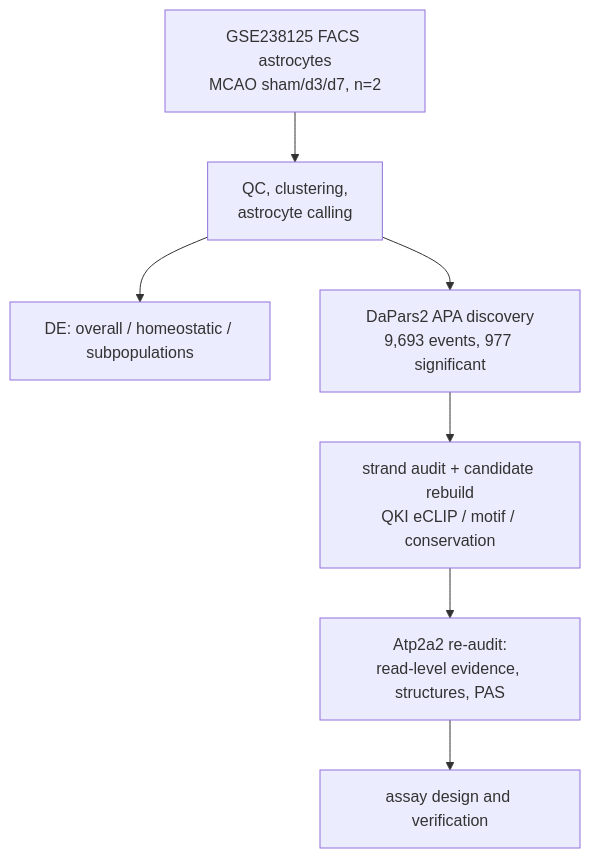
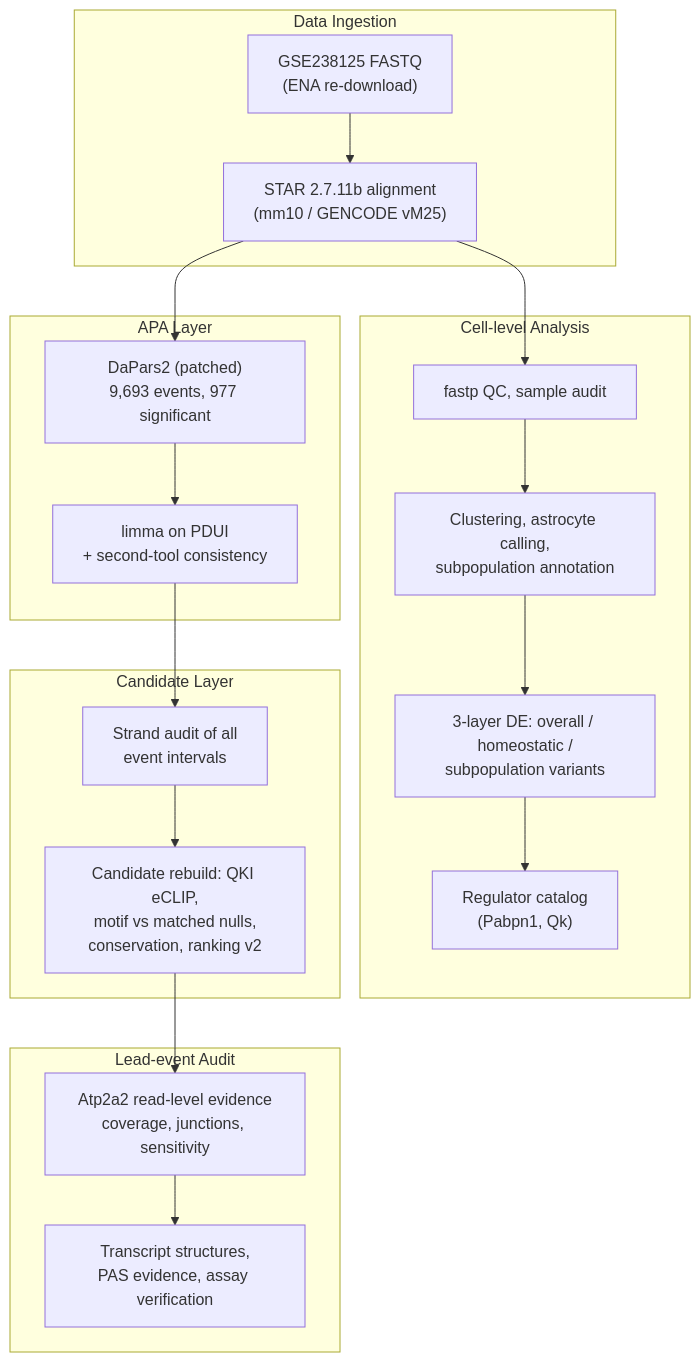
The diagram in README.md (Tiannn0512/Stroke-APA-), drawn with Mermaid before and after one commit. The commit also changed other lines of this file, not shown here.

````diff
--- a/README.md
+++ b/README.md
@@ -24,9 +57,28 @@
 ```mermaid
 flowchart TD
-    A[GSE238125 FACS astrocytes<br/>MCAO sham/d3/d7, n=2] --> B[QC, clustering,<br/>astrocyte calling]
-    B --> C[DE: overall / homeostatic / subpopulations]
-    B --> D[DaPars2 APA discovery<br/>9,693 events, 977 significant]
-    D --> E[strand audit + candidate rebuild<br/>QKI eCLIP / motif / conservation]
-    E --> F[Atp2a2 re-audit:<br/>read-level evidence, structures, PAS]
-    F --> G[assay design and verification]
+    subgraph dataIngestion [Data Ingestion]
+        GEO["GSE238125 FASTQ\n(ENA re-download)"] --> ALIGN["STAR 2.7.11b alignment\n(mm10 / GENCODE vM25)"]
+    end
+
+    subgraph cellLevel [Cell-level Analysis]
+        ALIGN --> QC["fastp QC, sample audit"]
+        QC --> CLUST["Clustering, astrocyte calling,\nsubpopulation annotation"]
+        CLUST --> DE["3-layer DE: overall / homeostatic /\nsubpopulation variants"]
+        DE --> REG["Regulator catalog\n(Pabpn1, Qk)"]
+    end
+
+    subgraph apa [APA Layer]
+        ALIGN --> DAPARS["DaPars2 (patched)\n9,693 events, 977 significant"]
+        DAPARS --> SAP["limma on PDUI\n+ second-tool consistency"]
+    end
+
+    subgraph candidate [Candidate Layer]
+        SAP --> STRAND["Strand audit of all\nevent intervals"]
+        STRAND --> REBUILD["Candidate rebuild: QKI eCLIP,\nmotif vs matched nulls,\nconservation, ranking v2"]
+    end
+
+    subgraph leadEvent [Lead-event Audit]
+        REBUILD --> READS["Atp2a2 read-level evidence\ncoverage, junctions, sensitivity"]
+        READS --> STRUCT["Transcript structures,\nPAS evidence, assay verification"]
+    end
 ```
````
